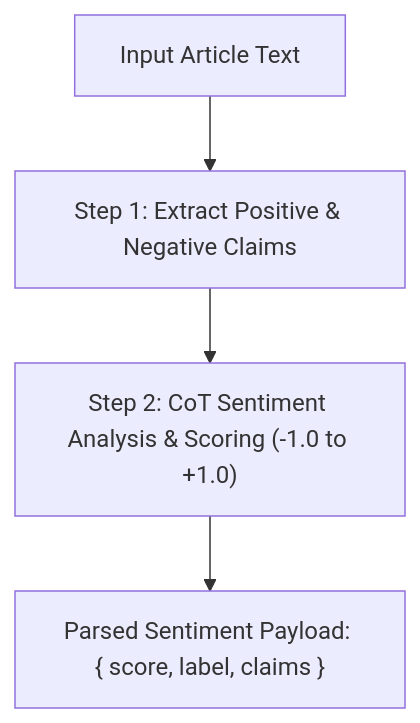
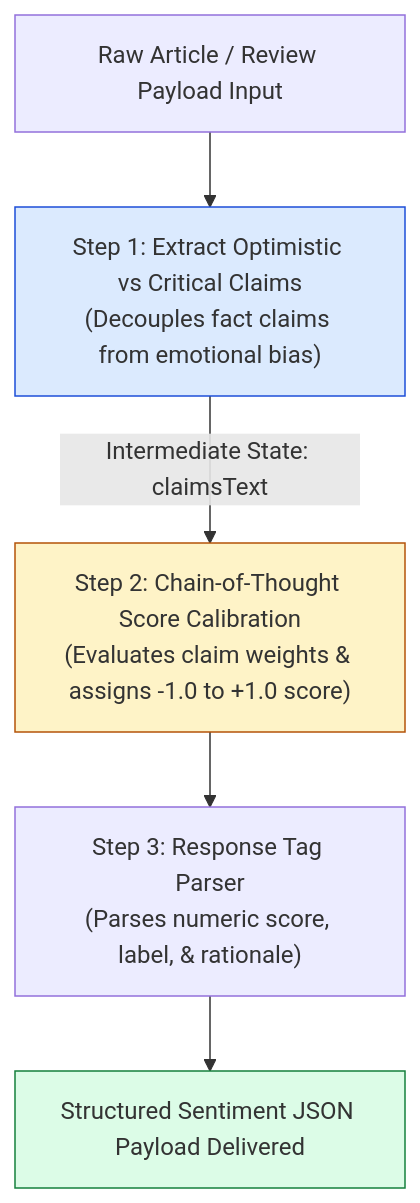
One commit to Amie-dev/engineering-playbook changed the first of 3 diagrams in agentic-ai-notes/01-chai-summarizer/05-sentiment-chain.md. Above: the diagram before and after it, drawn with Mermaid. The commit also changed other lines of this file and 9 other files, not shown here.

First line of the commit message:
Refactor and enhance documentation for multi-chain orchestration, token counting, cost tracking, and API server architecture

````diff
--- a/agentic-ai-notes/01-chai-summarizer/05-sentiment-chain.md
+++ b/agentic-ai-notes/01-chai-summarizer/05-sentiment-chain.md
@@ -10,6 +13,14 @@
 ```mermaid
 flowchart TD
-    Article[Input Article Text] --> Step1["Step 1: Extract Positive & Negative Claims"]
-    Step1 --> Step2["Step 2: CoT Sentiment Analysis & Scoring (-1.0 to +1.0)"]
-    Step2 --> Output["Parsed Sentiment Payload: { score, label, claims }"]
+    RawArticle[Raw Article / Review Payload Input] --> Step1["Step 1: Extract Optimistic vs Critical Claims<br/>(Decouples fact claims from emotional bias)"]
+
+    Step1 -->|Intermediate State: claimsText| Step2["Step 2: Chain-of-Thought Score Calibration<br/>(Evaluates claim weights & assigns -1.0 to +1.0 score)"]
+
+    Step2 --> ResponseParser["Step 3: Response Tag Parser<br/>(Parses numeric score, label, & rationale)"]
+
+    ResponseParser --> DeliveredPayload[Structured Sentiment JSON Payload Delivered]
+
+    style Step1 fill:#dbeafe,stroke:#1d4ed8
+    style Step2 fill:#fef3c7,stroke:#b45309
+    style DeliveredPayload fill:#dcfce7,stroke:#15803d
 ```
````
